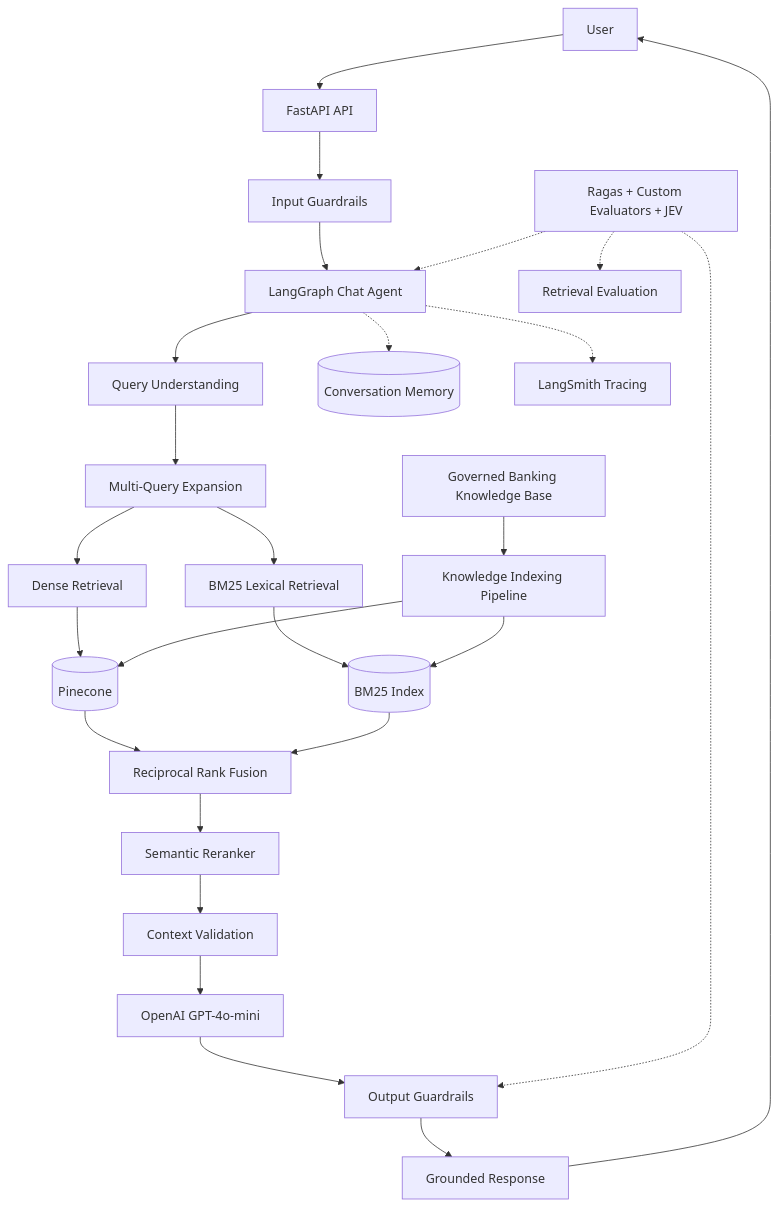
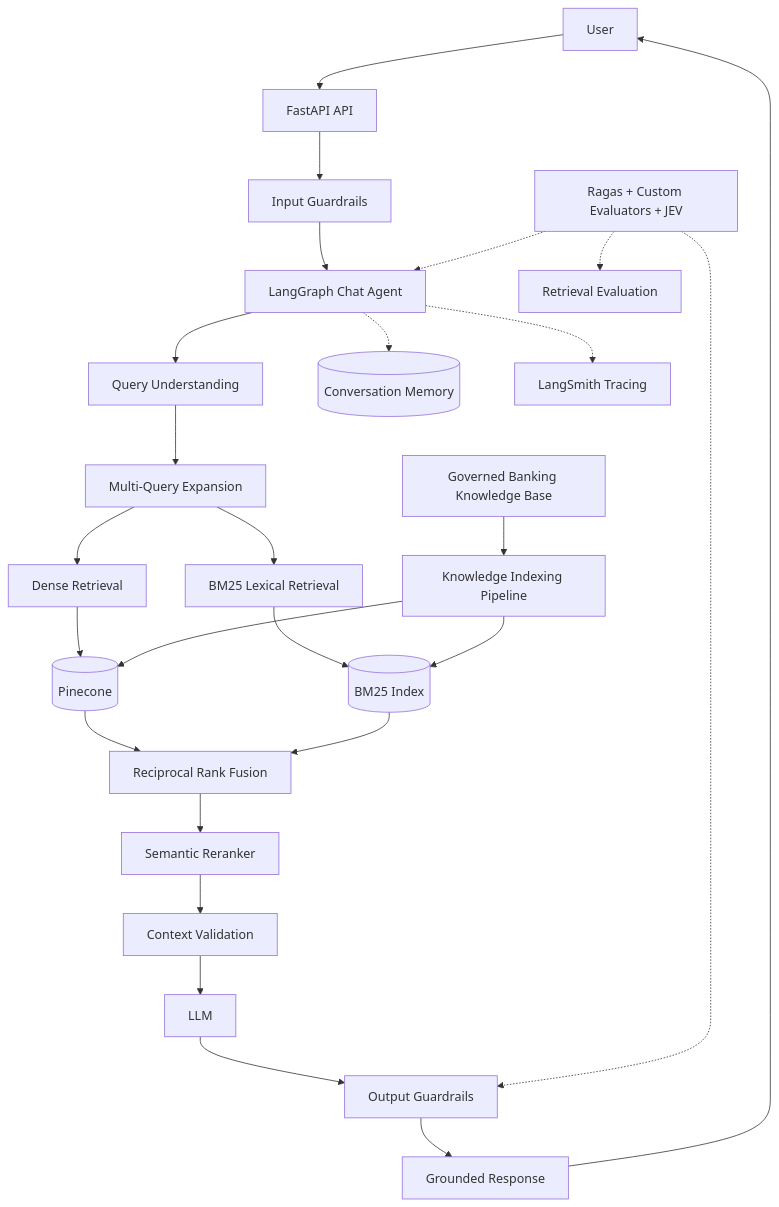
Before and after one commit to AdithyaGopakumar/Advanced-RAG-Banking: the first of 33 diagrams in docs/ARCHITECTURE.md, drawn with Mermaid. The commit also changed other lines of this file, not shown here.

Commit message:
Minor fixes in Architecture diagram.

````diff
--- a/docs/ARCHITECTURE.md
+++ b/docs/ARCHITECTURE.md
@@ -19,36 +19,36 @@
 ``` mermaid
 flowchart TB
     User["User"] --> API["FastAPI API"]
     API --> InputGuard["Input Guardrails"]
     InputGuard --> Agent["LangGraph Chat Agent"]
 
     Agent --> Query["Query Understanding"]
     Query --> MQE["Multi-Query Expansion"]
 
     MQE --> Dense["Dense Retrieval"]
     MQE --> Lexical["BM25 Lexical Retrieval"]
 
     Dense --> Pinecone[("Pinecone")]
     Lexical --> BM25[("BM25 Index")]
 
     Pinecone --> RRF["Reciprocal Rank Fusion"]
     BM25 --> RRF
 
     RRF --> Reranker["Semantic Reranker"]
     Reranker --> Context["Context Validation"]
 
-    Context --> LLM["OpenAI GPT-4o-mini"]
+    Context --> LLM["LLM"]
     LLM --> OutputGuard["Output Guardrails"]
     OutputGuard --> Response["Grounded Response"]
     Response --> User
 
     KB["Governed Banking Knowledge Base"] --> Indexing["Knowledge Indexing Pipeline"]
     Indexing --> Pinecone
     Indexing --> BM25
 
     Agent -.-> Memory[("Conversation Memory")]
     Agent -.-> LangSmith["LangSmith Tracing"]
     Evaluation["Ragas + Custom Evaluators + JEV"] -.-> Agent
     Evaluation -.-> Retrieval["Retrieval Evaluation"]
     Evaluation -.-> OutputGuard
 ```
````
